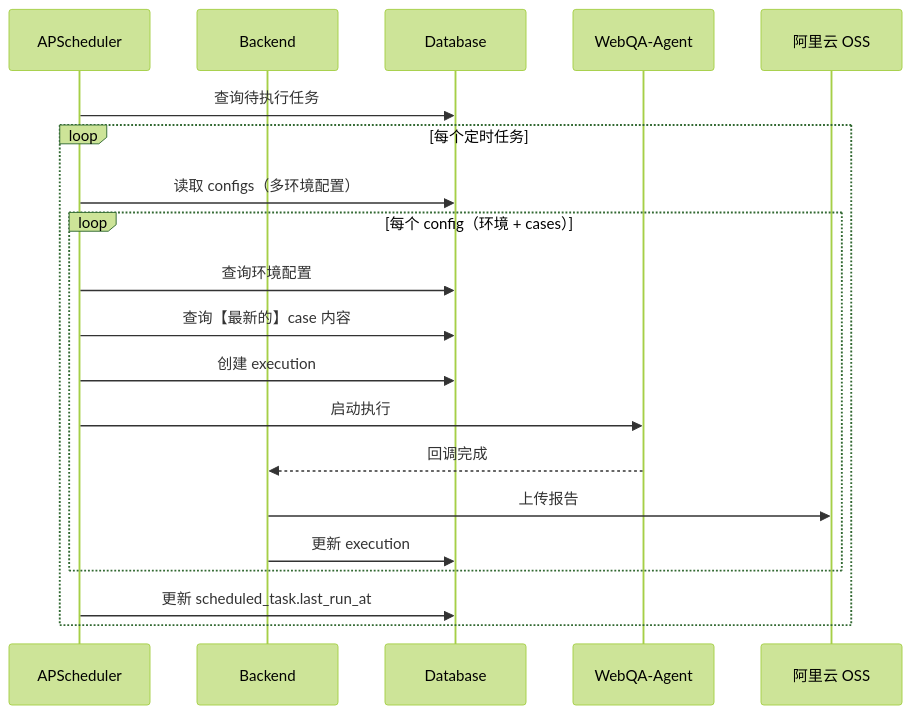
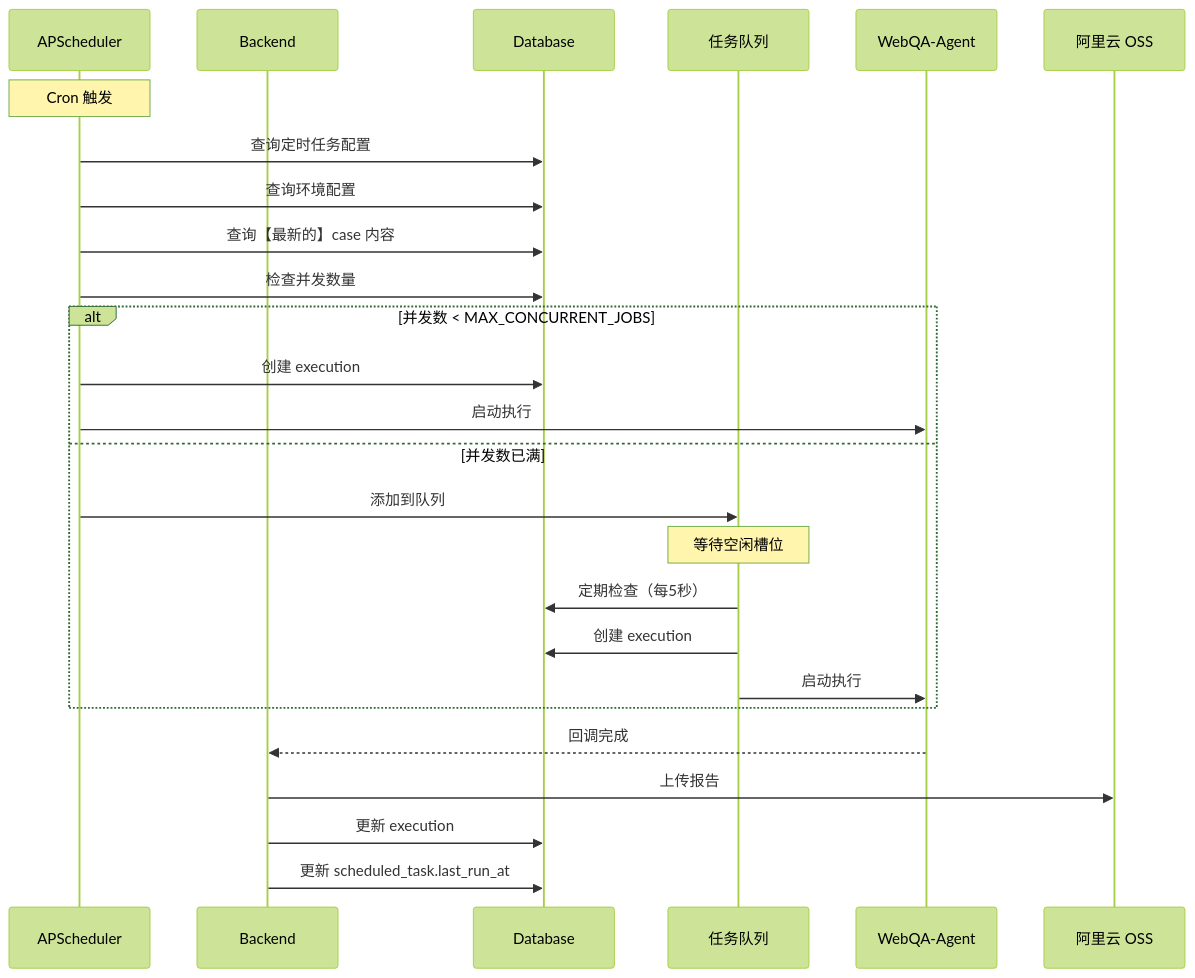
Before and after one commit to MigoXLab/webqa-agent: the second of 3 diagrams in docs/design/API_DATABASE.md, drawn with Mermaid (forest theme). The commit also changed other lines of this file and 32 other files, not shown here.

````diff
--- a/docs/design/API_DATABASE.md
+++ b/docs/design/API_DATABASE.md
@@ -605,28 +678,33 @@
 ```mermaid
 sequenceDiagram
     participant Scheduler as APScheduler
     participant BE as Backend
     participant DB as Database
+    participant Queue as 任务队列
     participant Agent as WebQA-Agent
     participant OSS as 阿里云 OSS
 
-    Scheduler->>DB: 查询待执行任务
+    Note over Scheduler: Cron 触发
 
-    loop 每个定时任务
-        Scheduler->>DB: 读取 configs（多环境配置）
+    Scheduler->>DB: 查询定时任务配置
+    Scheduler->>DB: 查询环境配置
+    Scheduler->>DB: 查询【最新的】case 内容
 
-        loop 每个 config（环境 + cases）
-            Scheduler->>DB: 查询环境配置
-            Scheduler->>DB: 查询【最新的】case 内容
-            Scheduler->>DB: 创建 execution
+    Scheduler->>DB: 检查并发数量
 
-            Scheduler->>Agent: 启动执行
-            Agent-->>BE: 回调完成
+    alt 并发数 < MAX_CONCURRENT_JOBS
+        Scheduler->>DB: 创建 execution
+        Scheduler->>Agent: 启动执行
+    else 并发数已满
+        Scheduler->>Queue: 添加到队列
+        Note over Queue: 等待空闲槽位
+        Queue->>DB: 定期检查（每5秒）
+        Queue->>DB: 创建 execution
+        Queue->>Agent: 启动执行
+    end
 
-            BE->>OSS: 上传报告
-            BE->>DB: 更新 execution
-        end
-
-        Scheduler->>DB: 更新 scheduled_task.last_run_at
-    end
+    Agent-->>BE: 回调完成
+    BE->>OSS: 上传报告
+    BE->>DB: 更新 execution
+    BE->>DB: 更新 scheduled_task.last_run_at
 ```
````
